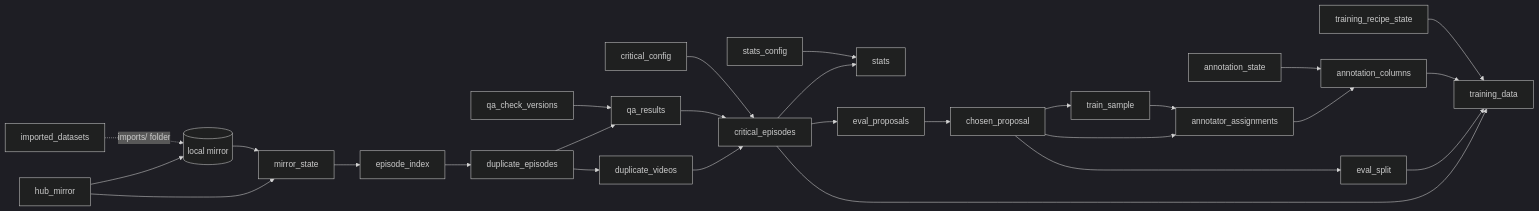
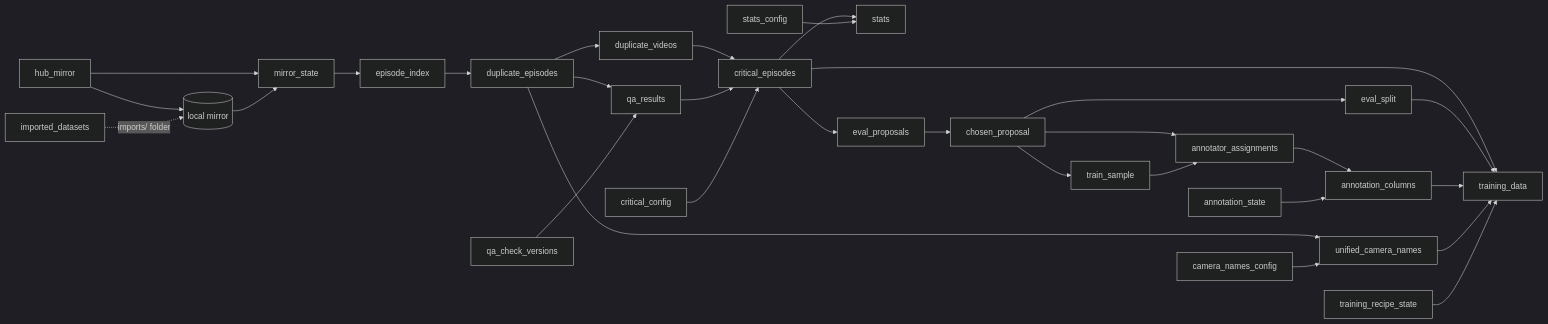
Before and after one commit to oopsie-data/oopsie-backend: the diagram in docs/pipeline.md, drawn with Mermaid (dark theme). The commit also changed other lines of this file and 45 other files, not shown here.

````diff
--- a/docs/pipeline.md
+++ b/docs/pipeline.md
@@ -5,29 +5,32 @@
 ```mermaid
 flowchart LR
   hub_mirror --> mirror[("local mirror")]
   hub_mirror --> mirror_state
   mirror --> mirror_state
   mirror_state --> episode_index
   episode_index --> duplicate_episodes
+  duplicate_episodes --> unified_camera_names
+  camera_names_config --> unified_camera_names
   duplicate_episodes --> duplicate_videos
   duplicate_episodes --> qa_results
   qa_check_versions --> qa_results
   duplicate_videos --> critical_episodes
   qa_results --> critical_episodes
   critical_config --> critical_episodes
   critical_episodes --> stats
   stats_config --> stats
   critical_episodes --> eval_proposals
   eval_proposals --> chosen_proposal
   chosen_proposal --> eval_split
   chosen_proposal --> train_sample
   chosen_proposal --> annotator_assignments
   train_sample --> annotator_assignments
   annotator_assignments --> annotation_columns
   annotation_state --> annotation_columns
   imported_datasets -. "imports/ folder" .-> mirror
   critical_episodes --> training_data
   eval_split --> training_data
   annotation_columns --> training_data
+  unified_camera_names --> training_data
   training_recipe_state --> training_data
 ```
````
